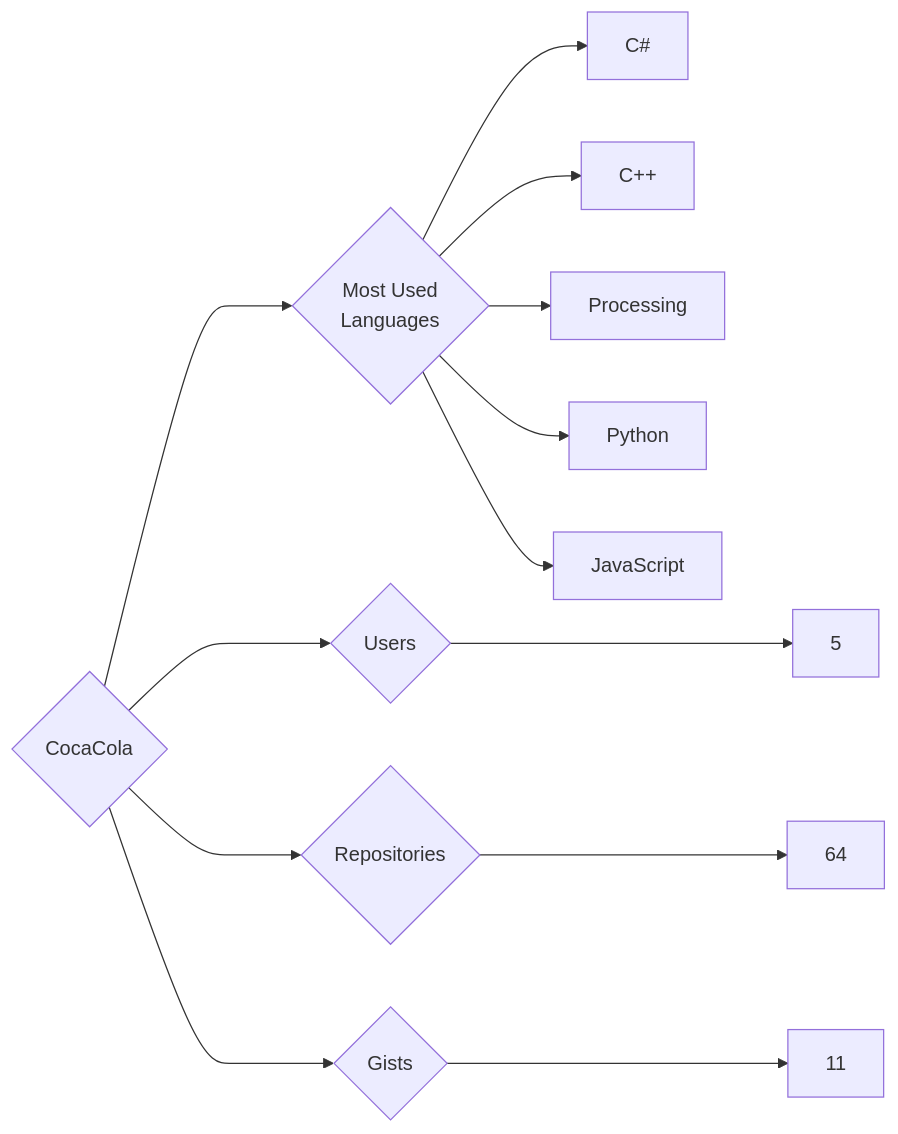
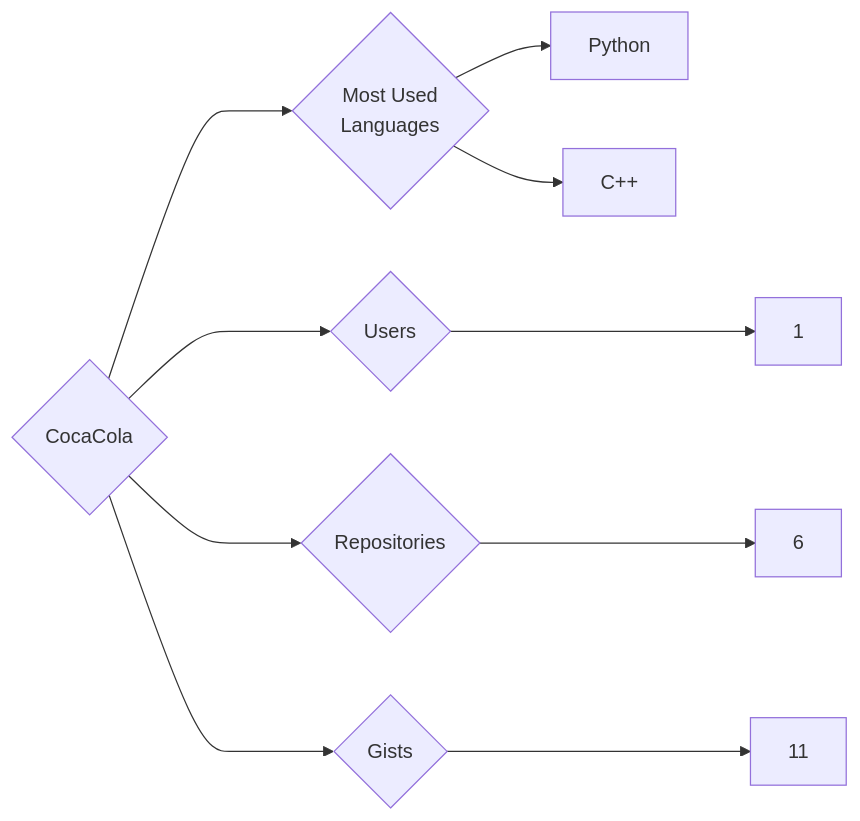
One commit to trickest/insiders changed the diagram in targets/CocaCola/README.md. Above: the diagram before and after it, drawn with Mermaid. The commit also changed 1088 other files, not shown here.

````diff
--- a/targets/CocaCola/README.md
+++ b/targets/CocaCola/README.md
@@ -3,13 +3,10 @@
 ```mermaid
 graph LR
 COMPANY_NAME{CocaCola}
-COMPANY_NAME ---> U{Users} ---> UN[5]
-COMPANY_NAME ---> R{Repositories} ---> RN[64]
+COMPANY_NAME ---> U{Users} ---> UN[1]
+COMPANY_NAME ---> R{Repositories} ---> RN[6]
 COMPANY_NAME ---> G{Gists} ---> GN[11]
 COMPANY_NAME ---> ML{Most Used<br>Languages}
-ML --> C#[C#]
+ML --> Python[Python]
 ML --> C++[C++]
-ML --> Processing[Processing]
-ML --> Python[Python]
-ML --> JavaScript[JavaScript]
 ```
````
